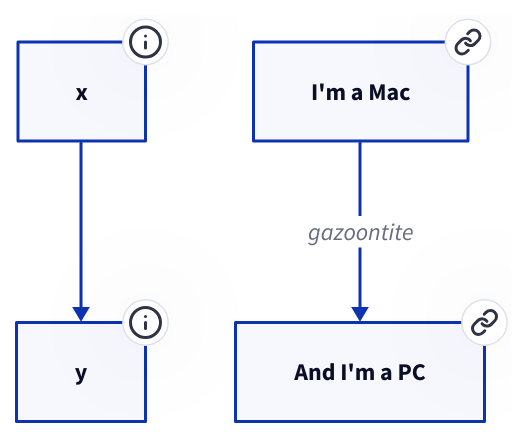
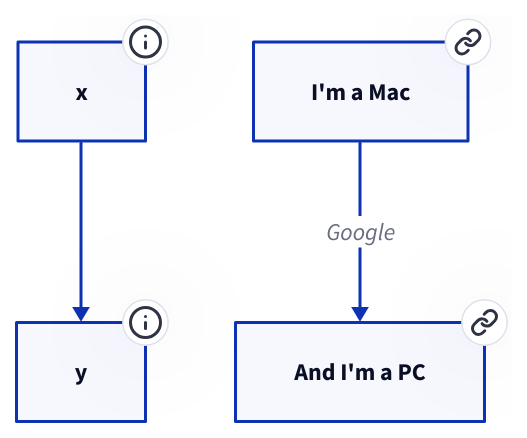
Diagram 20 of 20 in d2/d2-cheatsheet.md (Silverbullet069/til), drawn with D2 before and after one commit. The commit also changed other lines of this file and 68 other files, not shown here.

````diff
--- a/d2/d2-cheatsheet.md
+++ b/d2/d2-cheatsheet.md
@@ -756,27 +999,27 @@
 ```d2
 # purpose
 # - add secondary context
 # - tidy
 
 x: {
   tooltip: foo bar
 }
 
 y: {
   tooltip: bar bazz
 }
 
 x -> y
 
 x2: I'm a Mac {
   link: https://apple.com
 }
 
 y2: And I'm a PC {
   link: https://microsoft.com
 }
 
-x2 -> y2: gazoontite {
+x2 -> y2: Google {
   link: https://google.com
 }
 ```
````
